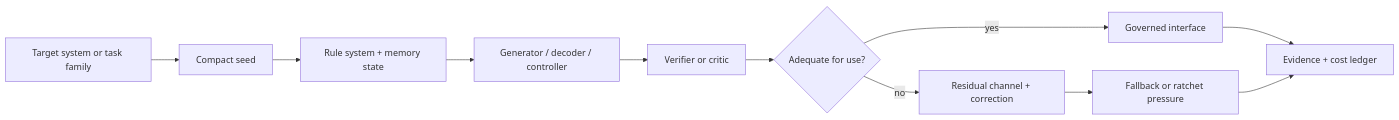
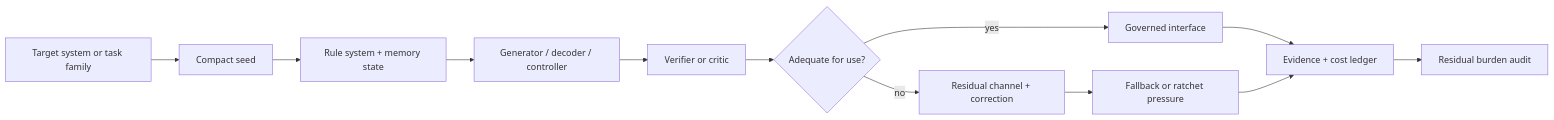
The diagram in chapters/compact-generative-systems-and-residual-honesty.qmd (corbensorenson/asi-stack-book), drawn with Mermaid before and after one commit. The commit also changed 20 other files, not shown here.

Commit message:
Raise diagram substance floor

````diff
--- a/chapters/compact-generative-systems-and-residual-honesty.qmd
+++ b/chapters/compact-generative-systems-and-residual-honesty.qmd
@@ -102,13 +102,14 @@
 ```{mermaid}
 flowchart LR
   A["Target system or task family"] --> B["Compact seed"]
   B --> C["Rule system + memory state"]
   C --> D["Generator / decoder / controller"]
   D --> E["Verifier or critic"]
   E --> F{"Adequate for use?"}
   F -- "yes" --> G["Governed interface"]
   F -- "no" --> H["Residual channel + correction"]
   H --> I["Fallback or ratchet pressure"]
   G --> J["Evidence + cost ledger"]
   I --> J
+  J --> K["Residual burden audit"]
 ```
````
